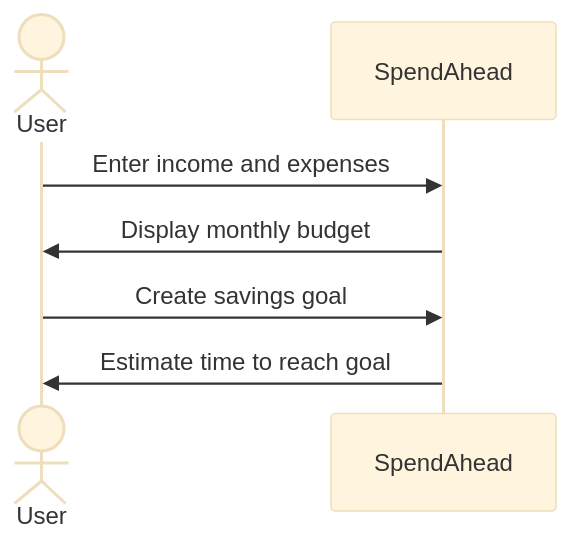
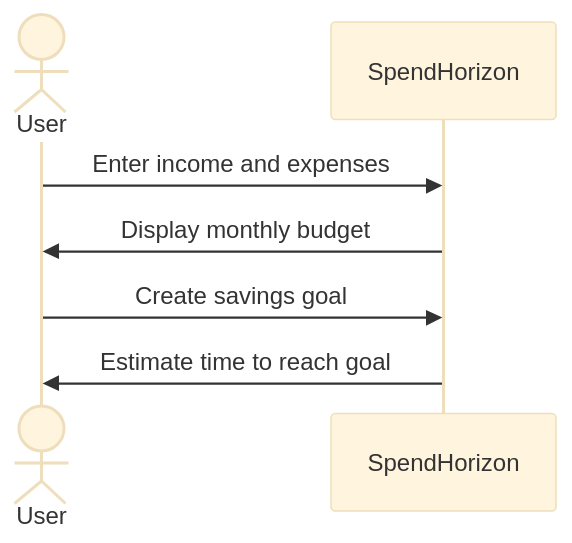
The diagram in README.md (alexrollins2003-commits/2026startup), drawn with Mermaid (base theme) before and after one commit. The commit also changed other lines of this file, not shown here.

Commit message:
Final Additions

````diff
--- a/README.md
+++ b/README.md
@@ -31,10 +31,10 @@
 ```mermaid
 sequenceDiagram
     actor User
-    participant SpendAhead
+    participant SpendHorizon
 
-    User->>SpendAhead: Enter income and expenses
-    SpendAhead->>User: Display monthly budget
-    User->>SpendAhead: Create savings goal
-    SpendAhead->>User: Estimate time to reach goal
+    User->>SpendHorizon: Enter income and expenses
+    SpendHorizon->>User: Display monthly budget
+    User->>SpendHorizon: Create savings goal
+    SpendHorizon->>User: Estimate time to reach goal
 ```
````
